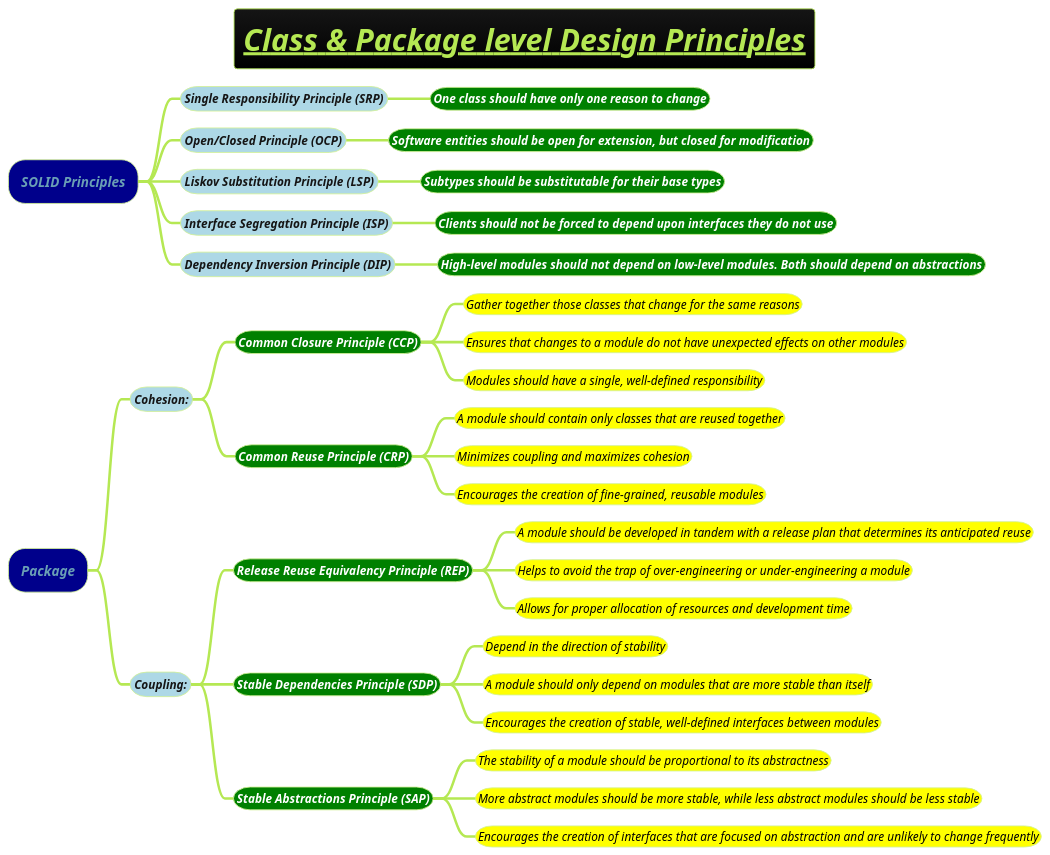
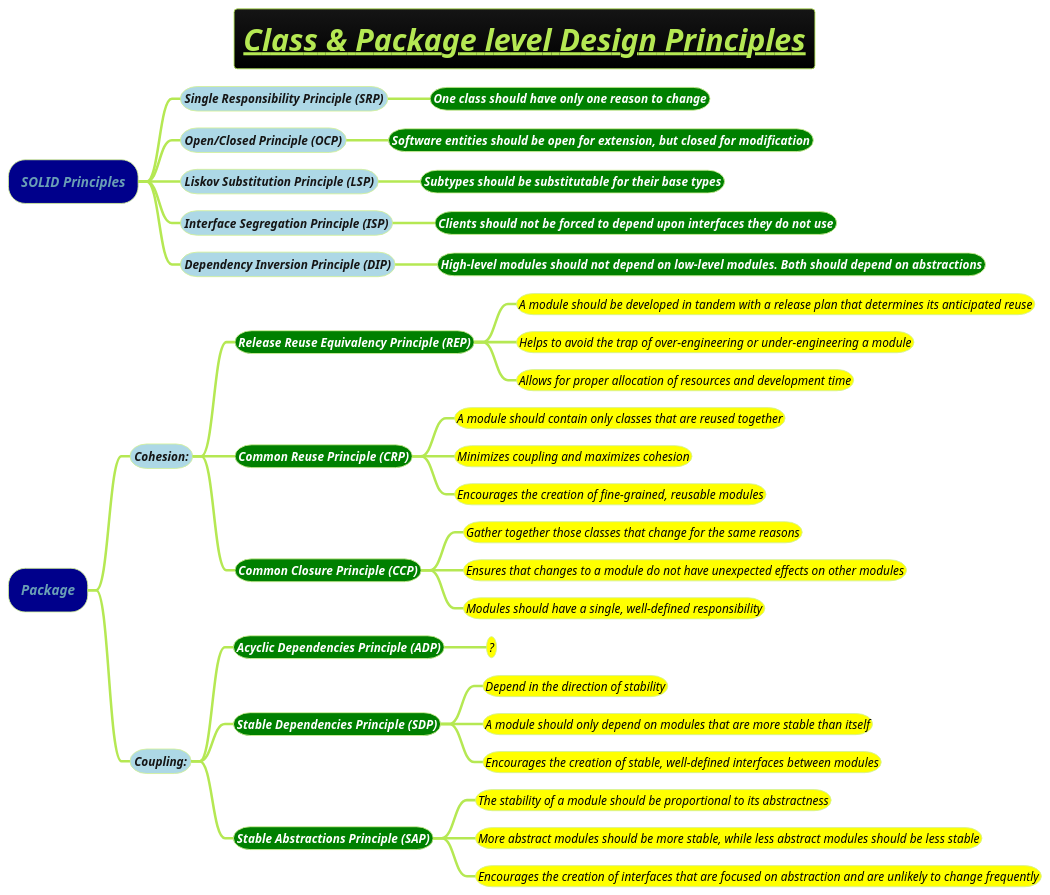
One commit to MehmoodHashmi/Documentation-as-Code-DaC changed the diagram in docs/3-programming-languages/class-and-package-level-SOLID-Principles.puml. Above: the diagram before and after it, drawn with PlantUML. The commit also changed 23 other files, not shown here.

```diff
--- a/docs/3-programming-languages/class-and-package-level-SOLID-Principles.puml
+++ b/docs/3-programming-languages/class-and-package-level-SOLID-Principles.puml
@@ -1,48 +1,51 @@
 @startmindmap
 title =<i><b><u>Class & Package level Design Principles
 !theme hacker
 
 
 
 
 
 
 *[#darkblue] <i>SOLID Principles
 **[#lightblue] <i><color #blac><size:14>Single Responsibility Principle (SRP)
 ***[#green] <b><i><color #white><size:14>One class should have only one reason to change
 **[#lightblue] <i><color #blac><size:14>Open/Closed Principle (OCP)
 ***[#green] <b><i><color #white><size:14>Software entities should be open for extension, but closed for modification
 **[#lightblue] <i><color #blac><size:14>Liskov Substitution Principle (LSP)
 ***[#green] <b><i><color #white><size:14>Subtypes should be substitutable for their base types
 **[#lightblue] <i><color #blac><size:14>Interface Segregation Principle (ISP)
 ***[#green] <b><i><color #white><size:14>Clients should not be forced to depend upon interfaces they do not use
 **[#lightblue] <i><color #blac><size:14>Dependency Inversion Principle (DIP)
 ***[#green] <b><i><color #white><size:14>High-level modules should not depend on low-level modules. Both should depend on abstractions
 
 *[#darkblue] <i>Package
 **[#lightblue] <i><color #blac><size:14>Cohesion:
+***[#green] <b><i><color #white><size:14>Release Reuse Equivalency Principle (REP)
+****[#yellow] <i><color #black><size:14>A module should be developed in tandem with a release plan that determines its anticipated reuse
+****[#yellow] <i><color #black><size:14>Helps to avoid the trap of over-engineering or under-engineering a module
+****[#yellow] <i><color #black><size:14>Allows for proper allocation of resources and development time
+
+***[#green] <b><i><color #white><size:14>Common Reuse Principle (CRP)
+****[#yellow] <i><color #black><size:14>A module should contain only classes that are reused together
+****[#yellow] <i><color #black><size:14>Minimizes coupling and maximizes cohesion
+****[#yellow] <i><color #black><size:14>Encourages the creation of fine-grained, reusable modules
 ***[#green] <b><i><color #white><size:14>Common Closure Principle (CCP)
 ****[#yellow] <i><color #black><size:14>Gather together those classes that change for the same reasons
 ****[#yellow] <i><color #black><size:14>Ensures that changes to a module do not have unexpected effects on other modules
 ****[#yellow] <i><color #black><size:14>Modules should have a single, well-defined responsibility
-***[#green] <b><i><color #white><size:14>Common Reuse Principle (CRP)
-****[#yellow] <i><color #black><size:14>A module should contain only classes that are reused together
-****[#yellow] <i><color #black><size:14>Minimizes coupling and maximizes cohesion
-****[#yellow] <i><color #black><size:14>Encourages the creation of fine-grained, reusable modules
 
 **[#lightblue] <i><color #blac><size:14>Coupling:
-***[#green] <b><i><color #white><size:14>Release Reuse Equivalency Principle (REP)
-****[#yellow] <i><color #black><size:14>A module should be developed in tandem with a release plan that determines its anticipated reuse
-****[#yellow] <i><color #black><size:14>Helps to avoid the trap of over-engineering or under-engineering a module
-****[#yellow] <i><color #black><size:14>Allows for proper allocation of resources and development time
+***[#green] <b><i><color #white><size:14>Acyclic Dependencies Principle (ADP)
+****[#yellow] <i><color #black><size:14>?
 ***[#green] <b><i><color #white><size:14>Stable Dependencies Principle (SDP)
 ****[#yellow] <i><color #black><size:14>Depend in the direction of stability
 ****[#yellow] <i><color #black><size:14>A module should only depend on modules that are more stable than itself
 ****[#yellow] <i><color #black><size:14>Encourages the creation of stable, well-defined interfaces between modules
 
 ***[#green] <b><i><color #white><size:14>Stable Abstractions Principle (SAP)
 ****[#yellow] <i><color #black><size:14>The stability of a module should be proportional to its abstractness
 ****[#yellow] <i><color #black><size:14>More abstract modules should be more stable, while less abstract modules should be less stable
 ****[#yellow] <i><color #black><size:14>Encourages the creation of interfaces that are focused on abstraction and are unlikely to change frequently
 
 @endmindmap
```
